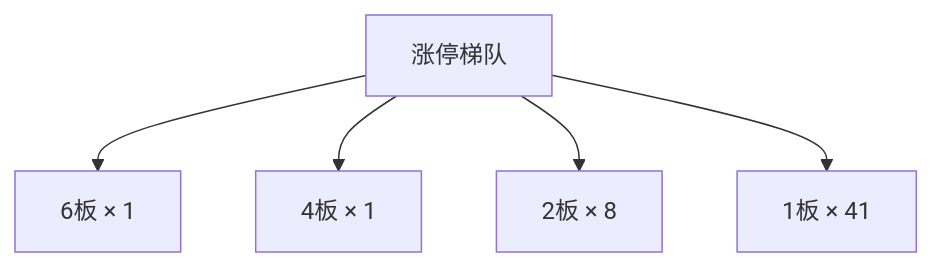
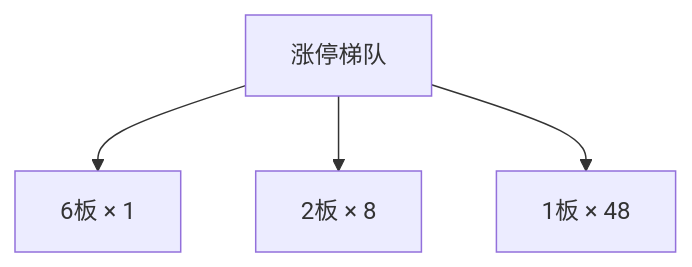
Before and after one commit to chenyang1999/chzl-kg: the second of 3 diagrams in content/投研交易/盘中分析/20261109.md, drawn with Mermaid. The commit also changed other lines of this file and 1 other file, not shown here.

````diff
--- a/content/投研交易/盘中分析/20261109.md
+++ b/content/投研交易/盘中分析/20261109.md
@@ -60,12 +66,10 @@
 ```mermaid
 flowchart TD
     B_0["6板 × 1"]
-    B_1["4板 × 1"]
-    B_2["2板 × 8"]
-    B_3["1板 × 41"]
+    B_1["2板 × 8"]
+    B_2["1板 × 48"]
     ROOT["涨停梯队"]
     ROOT --> B_0
     ROOT --> B_1
     ROOT --> B_2
-    ROOT --> B_3
 ```
````
